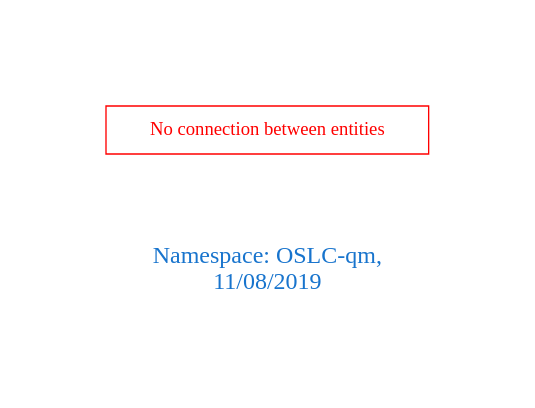
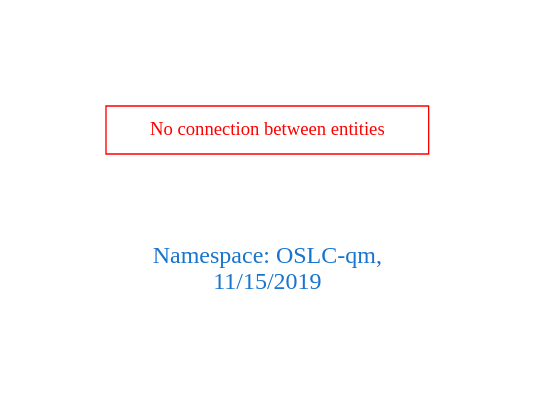
One commit to arago/OGIT changed the diagram in downloads/OSLC-qm.dot. Above: the diagram before and after it, drawn with Graphviz. The commit also changed 1600 other files, not shown here.

```diff
--- a/downloads/OSLC-qm.dot
+++ b/downloads/OSLC-qm.dot
@@ -1,9 +1,9 @@
 digraph OGIT_ontology {
  graph [ rankdir= LR,pad=1 
 fontsize = 18,
-fontcolor= dodgerblue3,label = "\n\n\nNamespace: OSLC-qm, \n 11/08/2019"];
+fontcolor= dodgerblue3,label = "\n\n\nNamespace: OSLC-qm, \n 11/15/2019"];
 node[shape=polygon];
 edge [  color="gray81"];
 
 "No connection between entities" [fontcolor = "red",color="red", shape="polygon"]
 }
```
